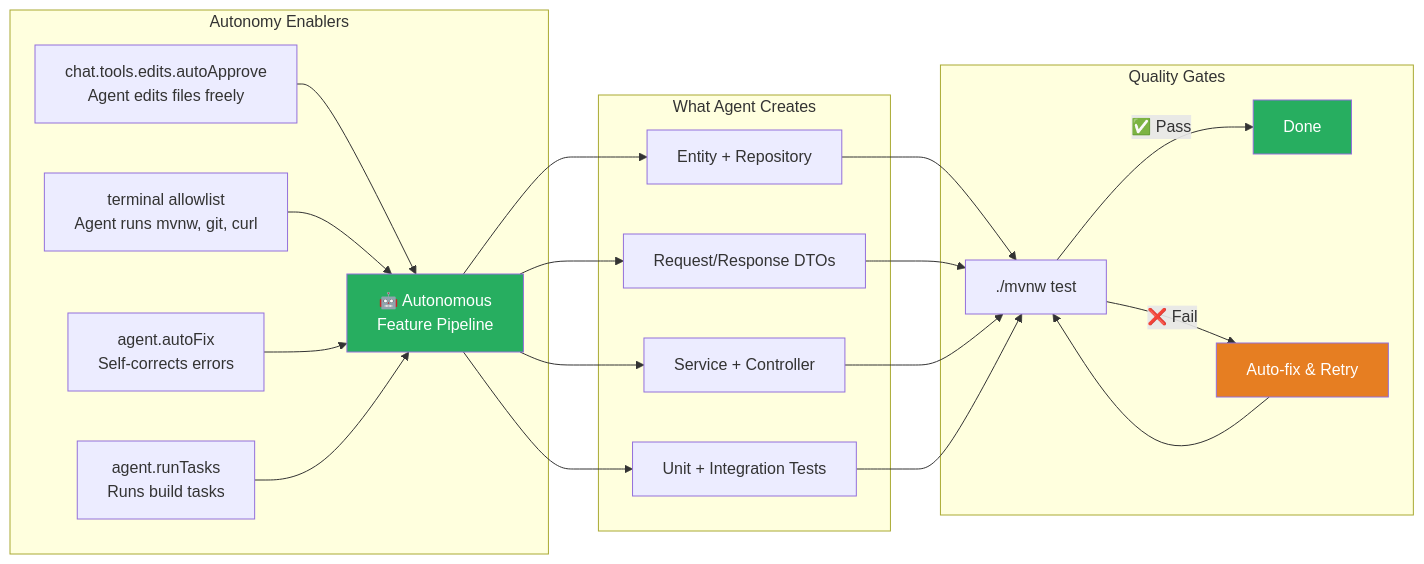
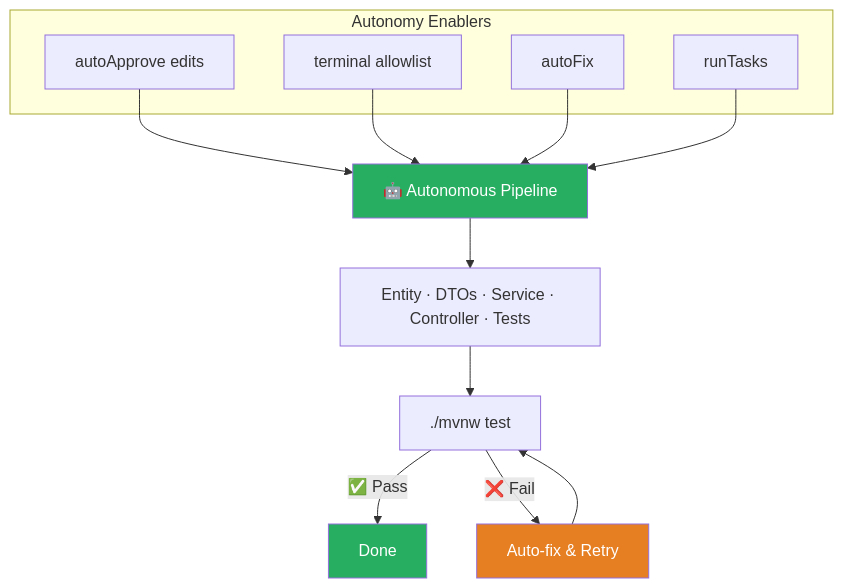
The fourth of 5 diagrams in README.md (abossard/ghcp-agent-2024), drawn with Mermaid before and after one commit. The commit also changed other lines of this file, not shown here.

Commit message:
feat: Simplify architecture diagrams and enhance agentic development flow

````diff
--- a/README.md
+++ b/README.md
@@ -349,28 +262,16 @@
 ```mermaid
-graph LR
+graph TB
     subgraph "Autonomy Enablers"
-        A["chat.tools.edits.autoApprove<br/>Agent edits files freely"] --> E
-        B["terminal allowlist<br/>Agent runs mvnw, git, curl"] --> E
-        C["agent.autoFix<br/>Self-corrects errors"] --> E
-        D["agent.runTasks<br/>Runs build tasks"] --> E
-        E["🤖 Autonomous<br/>Feature Pipeline"]
+        A["autoApprove edits"] & B["terminal allowlist"] & C["autoFix"] & D["runTasks"]
     end
-    
-    subgraph "What Agent Creates"
-        E --> F["Entity + Repository"]
-        E --> G["Request/Response DTOs"]
-        E --> H["Service + Controller"]
-        E --> I["Unit + Integration Tests"]
-    end
-    
-    subgraph "Quality Gates"
-        F & G & H & I --> J["./mvnw test"]
-        J -->|"✅ Pass"| K["Done"]
-        J -->|"❌ Fail"| L["Auto-fix & Retry"]
-        L --> J
-    end
+
+    A & B & C & D --> E["🤖 Autonomous Pipeline"]
+    E --> F["Entity · DTOs · Service · Controller · Tests"]
+    F --> J["./mvnw test"]
+    J -->|"✅ Pass"| K["Done"]
+    J -->|"❌ Fail"| L["Auto-fix & Retry"] --> J
 
     style E fill:#27ae60,color:#fff
     style K fill:#27ae60,color:#fff
     style L fill:#e67e22,color:#fff
 ```
````
